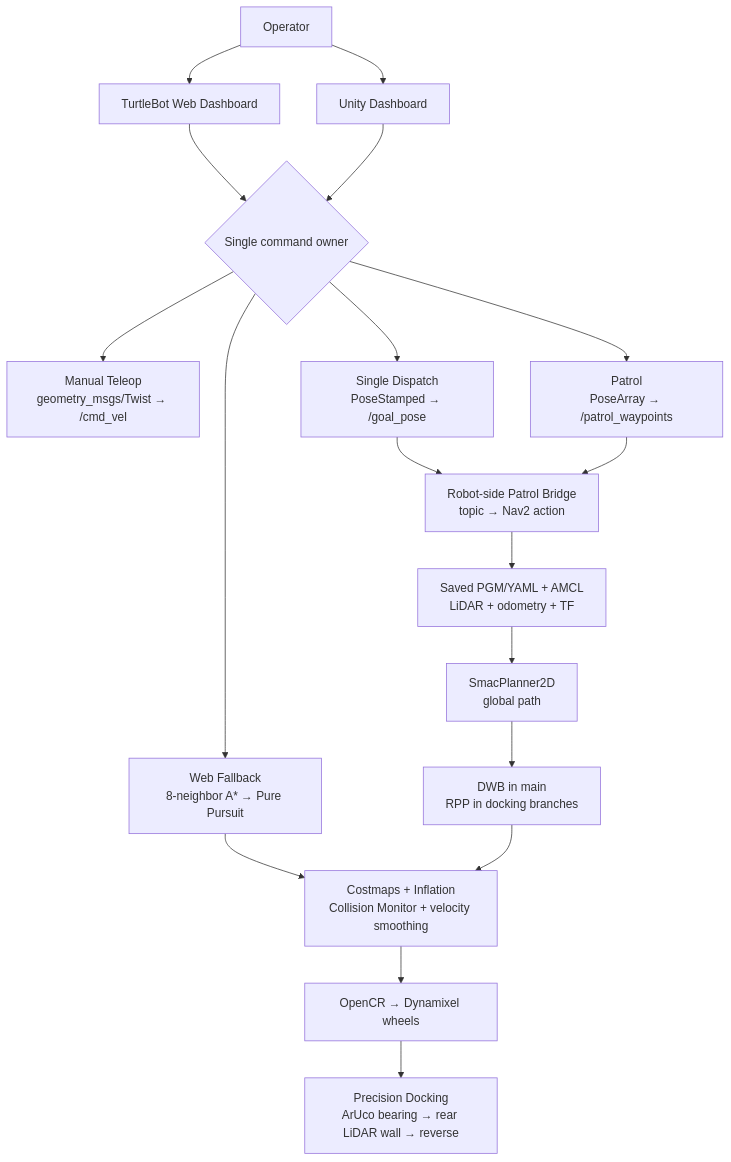
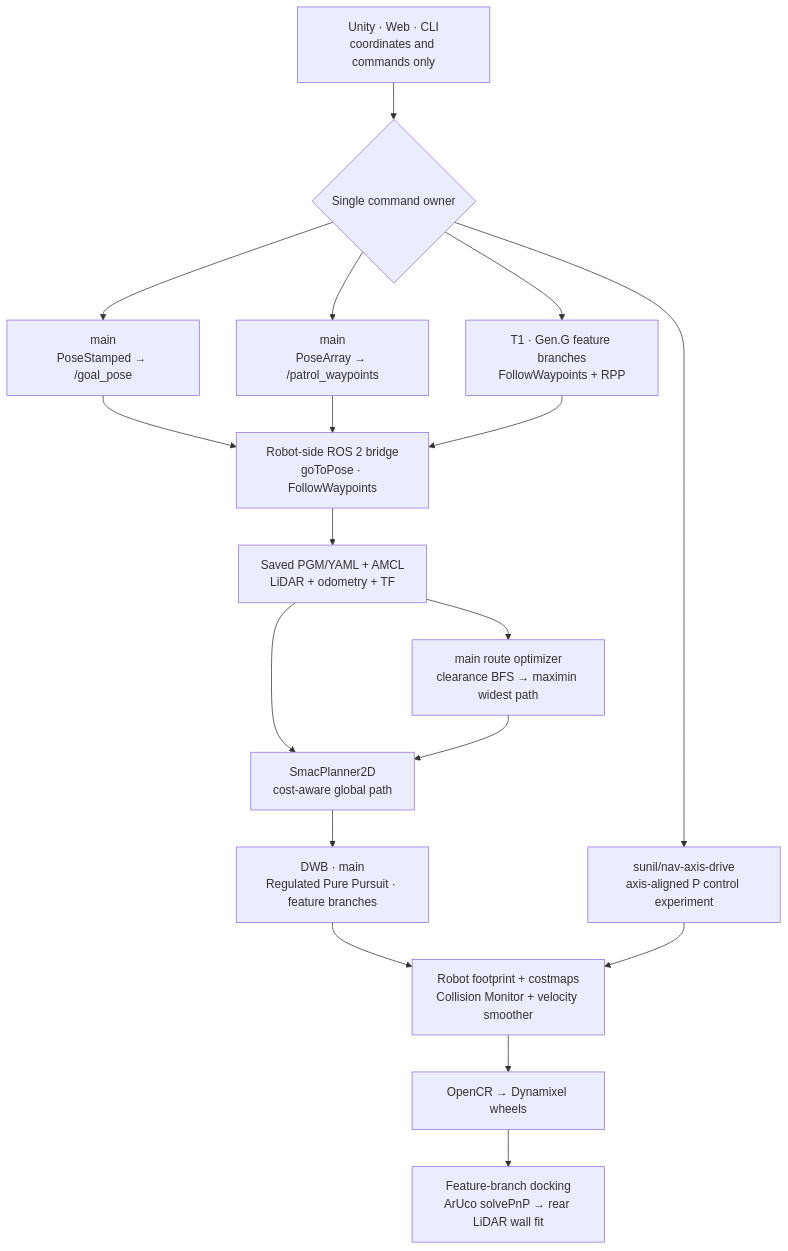
Before and after one commit to eduwing-robotics/ros2-ai-amr-repo2: the second of 3 diagrams in README.md, drawn with Mermaid. The commit also changed other lines of this file, not shown here.

Commit message:
docs: source navigation from repository branches

````diff
--- a/README.md
+++ b/README.md
@@ -141,38 +141,36 @@
 ```mermaid
 flowchart TD
-    OP["Operator"]
-    WEB["TurtleBot Web Dashboard"]
-    UNITY["Unity Dashboard"]
+    UI["Unity · Web · CLI<br/>coordinates and commands only"]
     OWNER{"Single command owner"}
+    GOAL["main<br/>PoseStamped → /goal_pose"]
+    PATROL["main<br/>PoseArray → /patrol_waypoints"]
+    AXIS["sunil/nav-axis-drive<br/>axis-aligned P control experiment"]
+    FEATURE["T1 · Gen.G feature branches<br/>FollowWaypoints + RPP"]
 
-    MANUAL["Manual Teleop<br/>geometry_msgs/Twist → /cmd_vel"]
-    GOAL["Single Dispatch<br/>PoseStamped → /goal_pose"]
-    PATROL["Patrol<br/>PoseArray → /patrol_waypoints"]
-    DIRECT["Web Fallback<br/>8-neighbor A* → Pure Pursuit"]
+    BRIDGE["Robot-side ROS 2 bridge<br/>goToPose · FollowWaypoints"]
+    LOCALIZE["Saved PGM/YAML + AMCL<br/>LiDAR + odometry + TF"]
+    ROUTE["main route optimizer<br/>clearance BFS → maximin widest path"]
+    PLAN["SmacPlanner2D<br/>cost-aware global path"]
+    CONTROL["DWB · main<br/>Regulated Pure Pursuit · feature branches"]
+    SAFE["Robot footprint + costmaps<br/>Collision Monitor + velocity smoother"]
+    DRIVE["OpenCR → Dynamixel wheels"]
+    DOCK["Feature-branch docking<br/>ArUco solvePnP → rear LiDAR wall fit"]
 
-    BRIDGE["Robot-side Patrol Bridge<br/>topic → Nav2 action"]
-    LOCALIZE["Saved PGM/YAML + AMCL<br/>LiDAR + odometry + TF"]
-    PLAN["SmacPlanner2D<br/>global path"]
-    CONTROL["DWB in main<br/>RPP in docking branches"]
-    SAFE["Costmaps + Inflation<br/>Collision Monitor + velocity smoothing"]
-    DRIVE["OpenCR → Dynamixel wheels"]
-    DOCK["Precision Docking<br/>ArUco bearing → rear LiDAR wall → reverse"]
-
-    OP --> WEB
-    OP --> UNITY
-    WEB --> OWNER
-    UNITY --> OWNER
-    OWNER --> MANUAL
+    UI --> OWNER
     OWNER --> GOAL
     OWNER --> PATROL
-    OWNER --> DIRECT
+    OWNER --> AXIS
+    OWNER --> FEATURE
     GOAL --> BRIDGE
     PATROL --> BRIDGE
+    FEATURE --> BRIDGE
     BRIDGE --> LOCALIZE
-    DIRECT --> SAFE
+    LOCALIZE --> ROUTE
     LOCALIZE --> PLAN
+    ROUTE --> PLAN
     PLAN --> CONTROL
     CONTROL --> SAFE
+    AXIS --> SAFE
     SAFE --> DRIVE
     DRIVE --> DOCK
 ```
````
